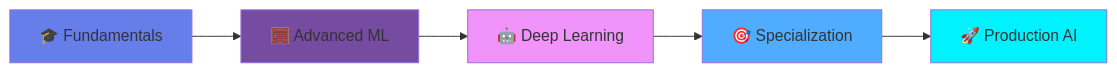
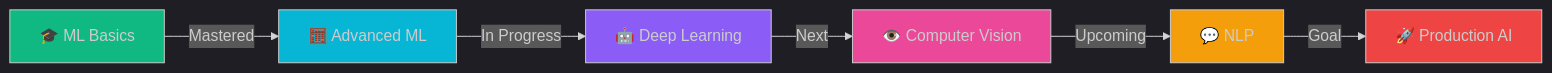
The diagram in README.md (himanshu-neeraj/himanshu-neeraj), drawn with Mermaid before and after one commit. The commit also changed other lines of this file, not shown here.

````diff
--- a/README.md
+++ b/README.md
@@ -178,13 +182,16 @@
 ```mermaid
+%%{init: {'theme':'dark'}}%%
 graph LR
-    A[🎓 Fundamentals] --> B[🧮 Advanced ML]
-    B --> C[🤖 Deep Learning]
-    C --> D[🎯 Specialization]
-    D --> E[🚀 Production AI]
+    A[🎓 ML Basics] -->|Mastered| B[🧮 Advanced ML]
+    B -->|In Progress| C[🤖 Deep Learning]
+    C -->|Next| D[👁️ Computer Vision]
+    D -->|Upcoming| E[💬 NLP]
+    E -->|Goal| F[🚀 Production AI]
     
-    style A fill:#667eea
-    style B fill:#764ba2
-    style C fill:#f093fb
-    style D fill:#4facfe
-    style E fill:#00f2fe
+    style A fill:#10b981
+    style B fill:#06b6d4
+    style C fill:#8b5cf6
+    style D fill:#ec4899
+    style E fill:#f59e0b
+    style F fill:#ef4444
 ```
````
